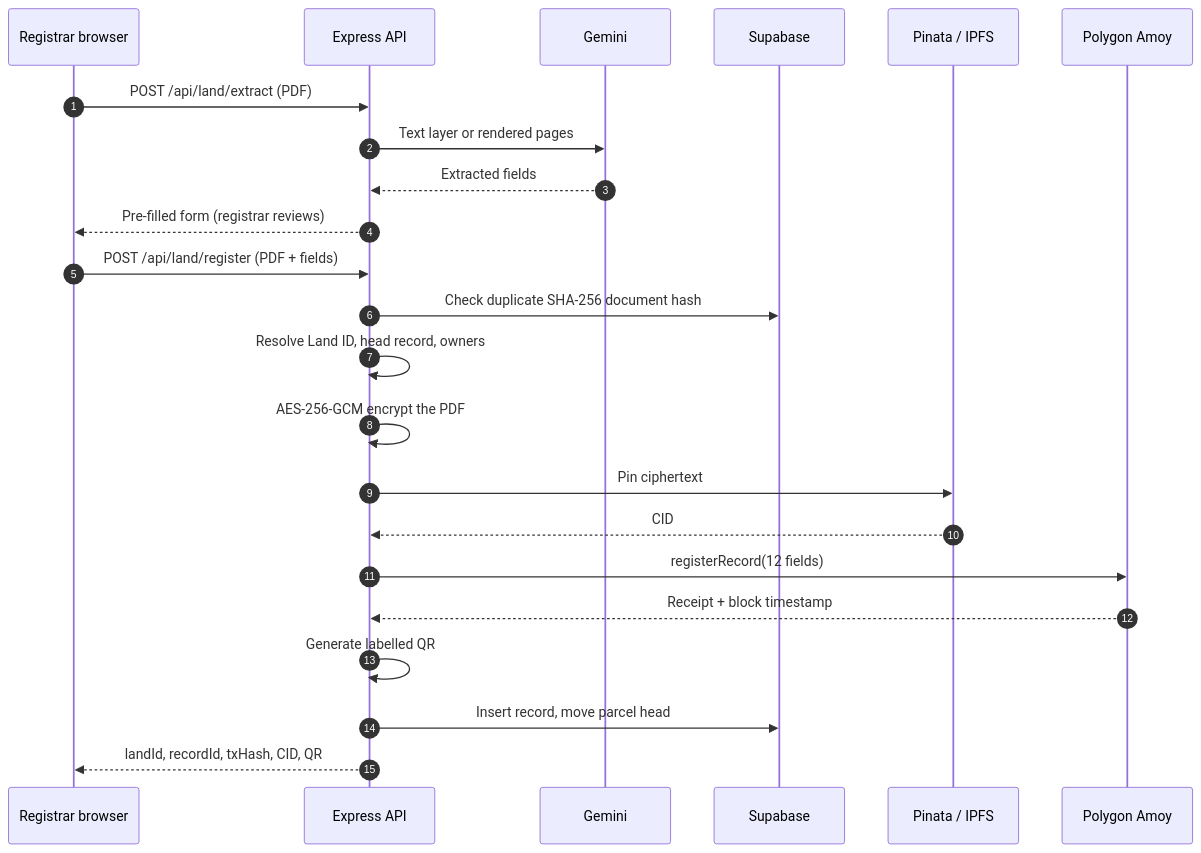
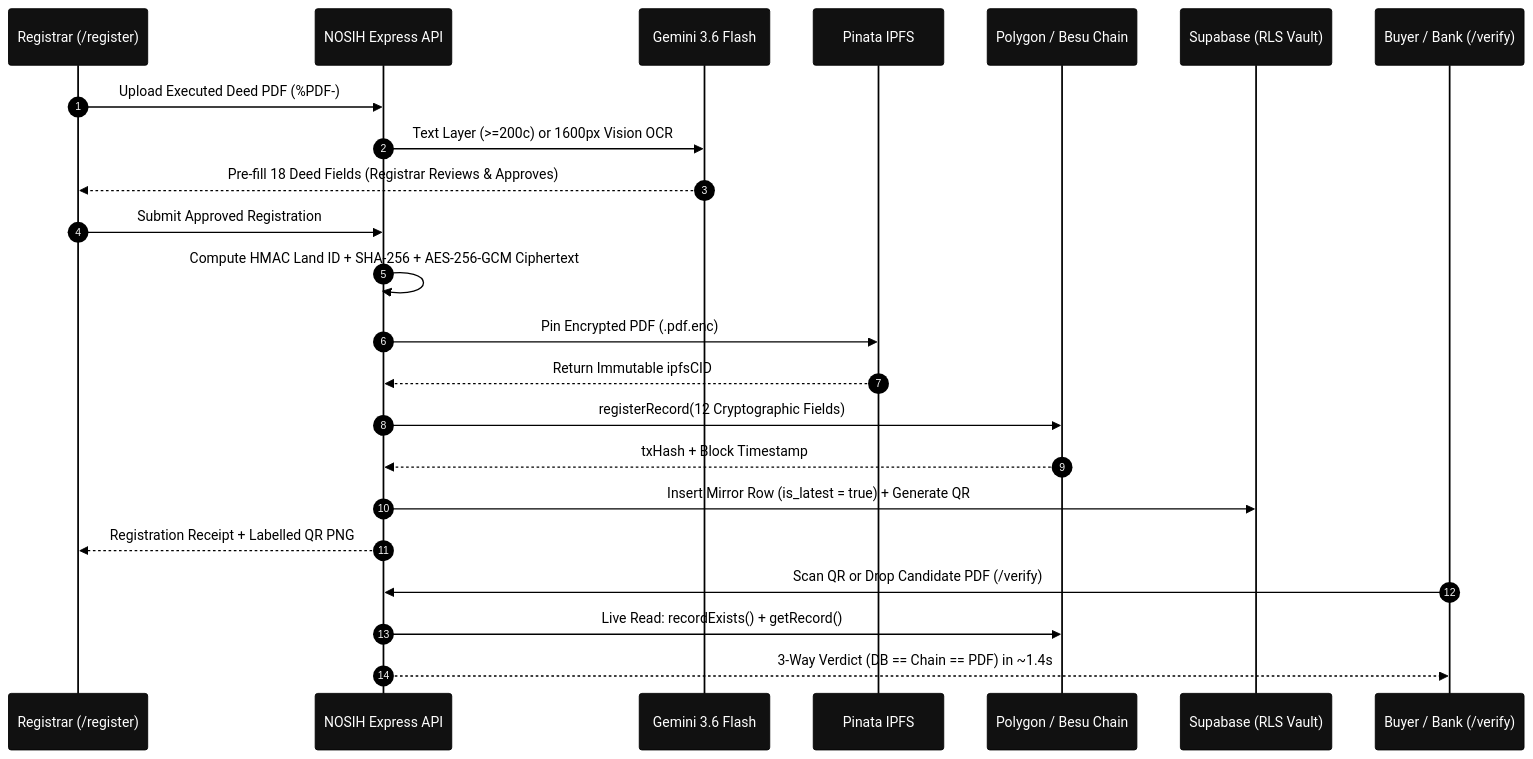
One commit to rmn2178/NOSIH-secure changed the fourth of 8 diagrams in README.md. Above: the diagram before and after it, drawn with Mermaid. The commit also changed other lines of this file and 37 other files, not shown here.

````diff
--- a/README.md
+++ b/README.md
@@ -359,26 +176,27 @@
 ```mermaid
+%%{init: {'theme': 'base', 'themeVariables': { 'actorBkg': '#111111', 'actorTextColor': '#ffffff', 'actorBorder': '#000000', 'signalColor': '#000000', 'signalTextColor': '#000000'}}}%%
 sequenceDiagram
     autonumber
-    participant U as Registrar browser
-    participant A as Express API
-    participant AI as Gemini
-    participant DB as Supabase
-    participant IP as Pinata / IPFS
-    participant C as Polygon Amoy
+    participant R as Registrar (/register)
+    participant API as NOSIH Express API
+    participant AI as Gemini 3.6 Flash
+    participant IPFS as Pinata IPFS
+    participant CH as Polygon / Besu Chain
+    participant DB as Supabase (RLS Vault)
+    participant V as Buyer / Bank (/verify)
 
-    U->>A: POST /api/land/extract (PDF)
-    A->>AI: Text layer or rendered pages
-    AI-->>A: Extracted fields
-    A-->>U: Pre-filled form (registrar reviews)
-    U->>A: POST /api/land/register (PDF + fields)
-    A->>DB: Check duplicate SHA-256 document hash
-    A->>A: Resolve Land ID, head record, owners
-    A->>A: AES-256-GCM encrypt the PDF
-    A->>IP: Pin ciphertext
-    IP-->>A: CID
-    A->>C: registerRecord(12 fields)
-    C-->>A: Receipt + block timestamp
-    A->>A: Generate labelled QR
-    A->>DB: Insert record, move parcel head
-    A-->>U: landId, recordId, txHash, CID, QR
+    R->>API: Upload Executed Deed PDF (%PDF-)
+    API->>AI: Text Layer (>=200c) or 1600px Vision OCR
+    AI-->>R: Pre-fill 18 Deed Fields (Registrar Reviews & Approves)
+    R->>API: Submit Approved Registration
+    API->>API: Compute HMAC Land ID + SHA-256 + AES-256-GCM Ciphertext
+    API->>IPFS: Pin Encrypted PDF (.pdf.enc)
+    IPFS-->>API: Return Immutable ipfsCID
+    API->>CH: registerRecord(12 Cryptographic Fields)
+    CH-->>API: txHash + Block Timestamp
+    API->>DB: Insert Mirror Row (is_latest = true) + Generate QR
+    API-->>R: Registration Receipt + Labelled QR PNG
+    V->>API: Scan QR or Drop Candidate PDF (/verify)
+    API->>CH: Live Read: recordExists() + getRecord()
+    API-->>V: 3-Way Verdict (DB == Chain == PDF) in ~1.4s
 ```
````
